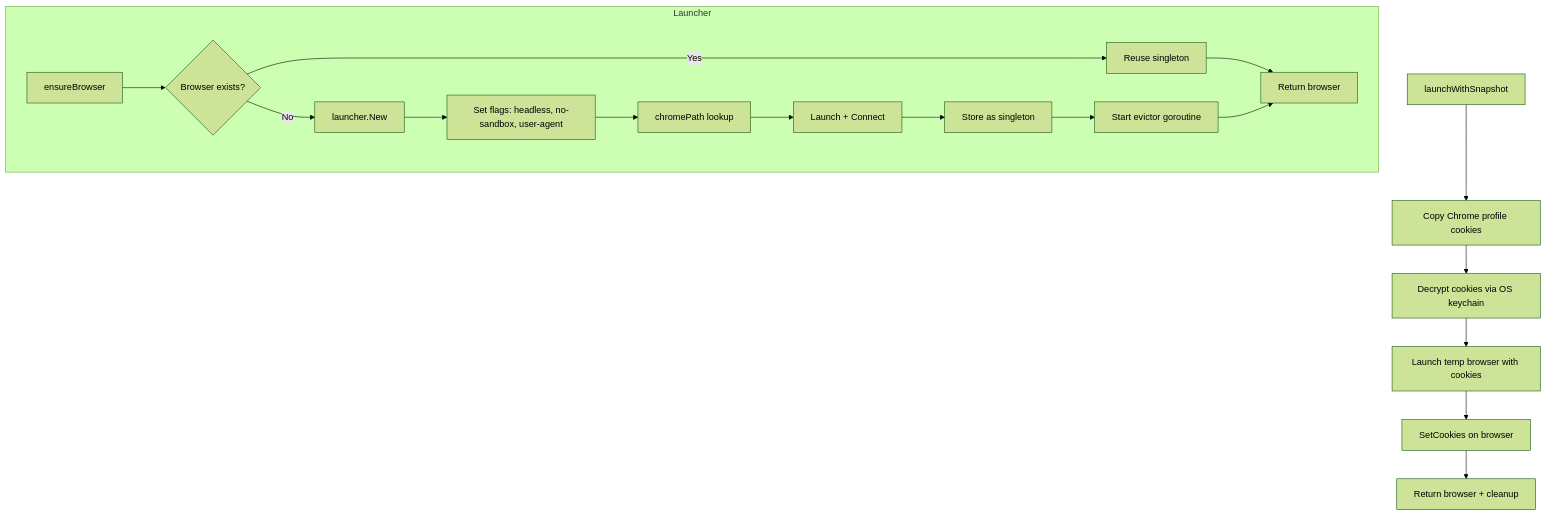
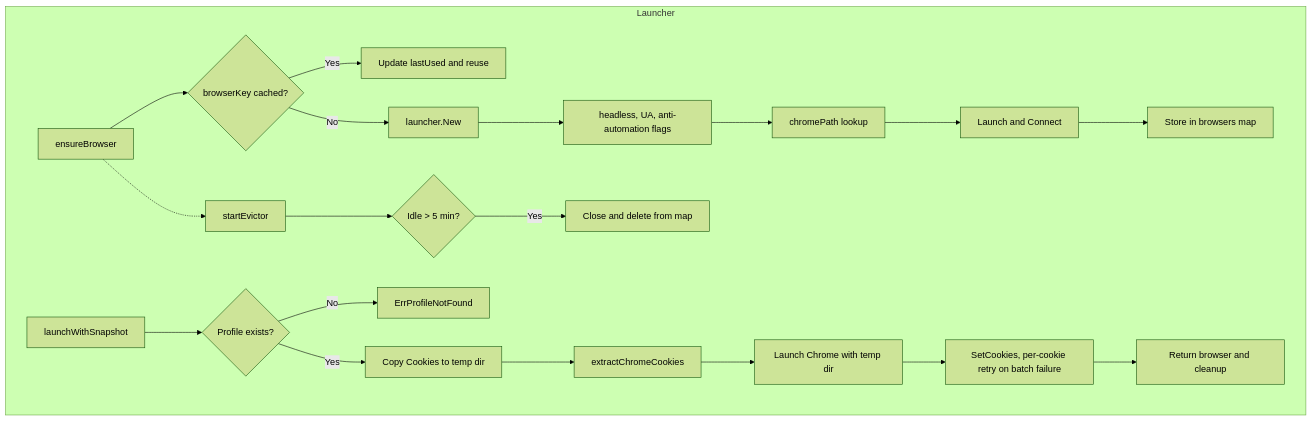
Before and after one commit to pardnchiu/go-browser: the second of 8 diagrams in doc/architecture.md, drawn with Mermaid (forest theme). The commit also changed other lines of this file and 5 other files, not shown here.

````diff
--- a/doc/architecture.md
+++ b/doc/architecture.md
@@ -24,20 +30,22 @@
 ```mermaid
 graph TB
     subgraph Launcher
-        A[ensureBrowser] --> B{Browser exists?}
-        B -->|Yes| C[Reuse singleton]
+        A[ensureBrowser] --> B{browserKey cached?}
+        B -->|Yes| C[Update lastUsed and reuse]
         B -->|No| D[launcher.New]
-        D --> E[Set flags: headless, no-sandbox, user-agent]
+        D --> E[headless, UA, anti-automation flags]
         E --> F[chromePath lookup]
-        F --> G[Launch + Connect]
-        G --> H[Store as singleton]
-        H --> I[Start evictor goroutine]
-        C --> J[Return browser]
-        I --> J
+        F --> G[Launch and Connect]
+        G --> H[Store in browsers map]
+        I[startEvictor] --> J{Idle > 5 min?}
+        J -->|Yes| K[Close and delete from map]
+        L[launchWithSnapshot] --> M{Profile exists?}
+        M -->|No| N[ErrProfileNotFound]
+        M -->|Yes| O[Copy Cookies to temp dir]
+        O --> P[extractChromeCookies]
+        P --> Q[Launch Chrome with temp dir]
+        Q --> R[SetCookies, per-cookie retry on batch failure]
+        R --> S[Return browser and cleanup]
     end
-    K[launchWithSnapshot] --> L[Copy Chrome profile cookies]
-    L --> M[Decrypt cookies via OS keychain]
-    M --> N[Launch temp browser with cookies]
-    N --> O[SetCookies on browser]
-    O --> P[Return browser + cleanup]
+    A -.-> I
 ```
````
